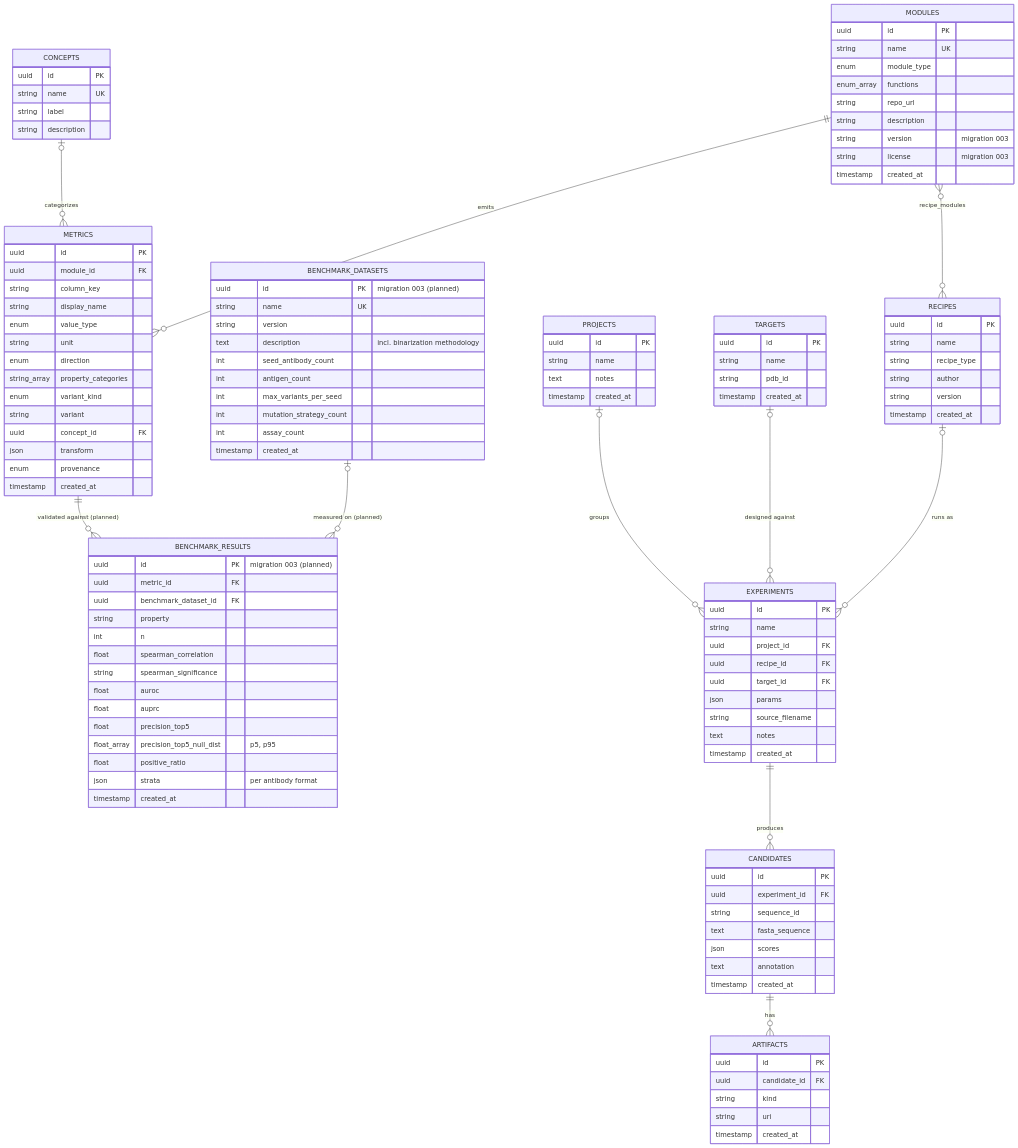
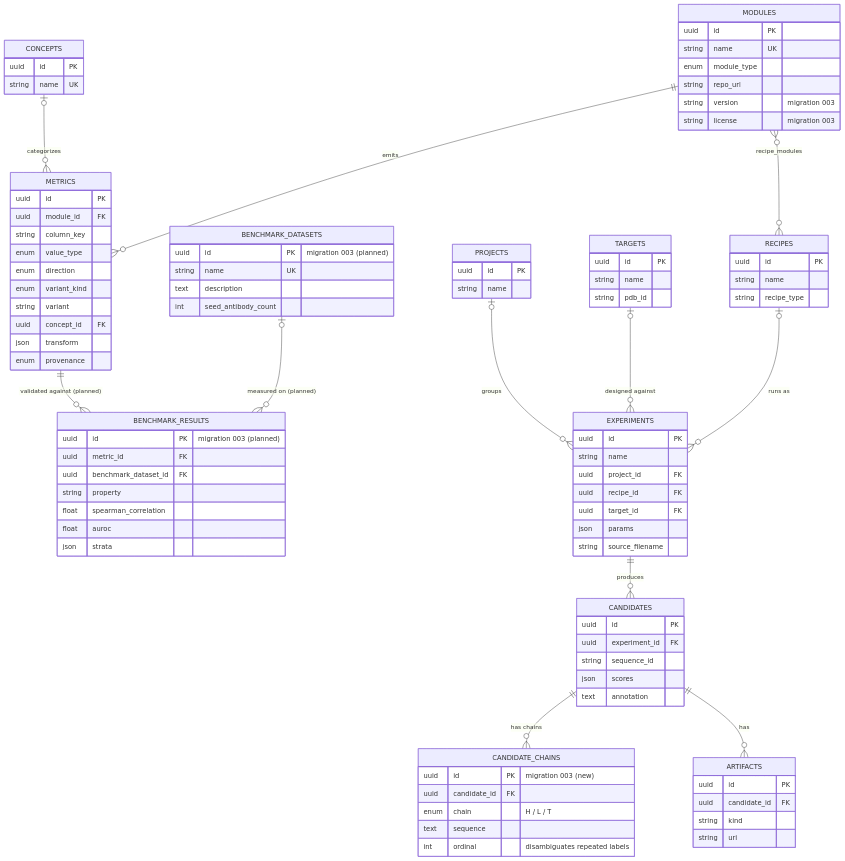
The first of 2 diagrams in docs/schema-erd.md (RyanShinra/AffinityLog), drawn with Mermaid before and after one commit. The commit also changed other lines of this file, not shown here.

First line of the commit message:
Add GraphQL apparent-representation diagram beside the SQL ERD

````diff
--- a/docs/schema-erd.md
+++ b/docs/schema-erd.md
@@ -9,83 +22,55 @@
   CONCEPTS {
     uuid id PK
     string name UK
-    string label
-    string description
   }
   MODULES {
     uuid id PK
     string name UK
     enum module_type
-    enum_array functions
     string repo_url
-    string description
     string version "migration 003"
     string license "migration 003"
-    timestamp created_at
   }
   METRICS {
     uuid id PK
     uuid module_id FK
     string column_key
-    string display_name
     enum value_type
-    string unit
     enum direction
-    string_array property_categories
     enum variant_kind
     string variant
     uuid concept_id FK
     json transform
     enum provenance
-    timestamp created_at
   }
   BENCHMARK_DATASETS {
     uuid id PK "migration 003 (planned)"
     string name UK
-    string version
-    text description "incl. binarization methodology"
+    text description
     int seed_antibody_count
-    int antigen_count
-    int max_variants_per_seed
-    int mutation_strategy_count
-    int assay_count
-    timestamp created_at
   }
   BENCHMARK_RESULTS {
     uuid id PK "migration 003 (planned)"
     uuid metric_id FK
     uuid benchmark_dataset_id FK
     string property
-    int n
     float spearman_correlation
-    string spearman_significance
     float auroc
-    float auprc
-    float precision_top5
-    float_array precision_top5_null_dist "p5, p95"
-    float positive_ratio
-    json strata "per antibody format"
-    timestamp created_at
+    json strata
   }
   PROJECTS {
     uuid id PK
     string name
-    text notes
-    timestamp created_at
   }
   TARGETS {
     uuid id PK
     string name
     string pdb_id
-    timestamp created_at
   }
   RECIPES {
     uuid id PK
     string name
     string recipe_type
-    string author
-    string version
-    timestamp created_at
   }
   EXPERIMENTS {
     uuid id PK
@@ -95,24 +80,26 @@
     uuid target_id FK
     json params
     string source_filename
-    text notes
-    timestamp created_at
   }
   CANDIDATES {
     uuid id PK
     uuid experiment_id FK
     string sequence_id
-    text fasta_sequence
     json scores
     text annotation
-    timestamp created_at
+  }
+  CANDIDATE_CHAINS {
+    uuid id PK "migration 003 (new)"
+    uuid candidate_id FK
+    enum chain "H / L / T"
+    text sequence
+    int ordinal "disambiguates repeated labels"
   }
   ARTIFACTS {
     uuid id PK
     uuid candidate_id FK
     string kind
     string uri
-    timestamp created_at
   }
 
   CONCEPTS |o--o{ METRICS : "categorizes"
@@ -124,5 +111,6 @@
   TARGETS |o--o{ EXPERIMENTS : "designed against"
   RECIPES |o--o{ EXPERIMENTS : "runs as"
   EXPERIMENTS ||--o{ CANDIDATES : "produces"
+  CANDIDATES ||--o{ CANDIDATE_CHAINS : "has chains"
   CANDIDATES ||--o{ ARTIFACTS : "has"
 ```
````
